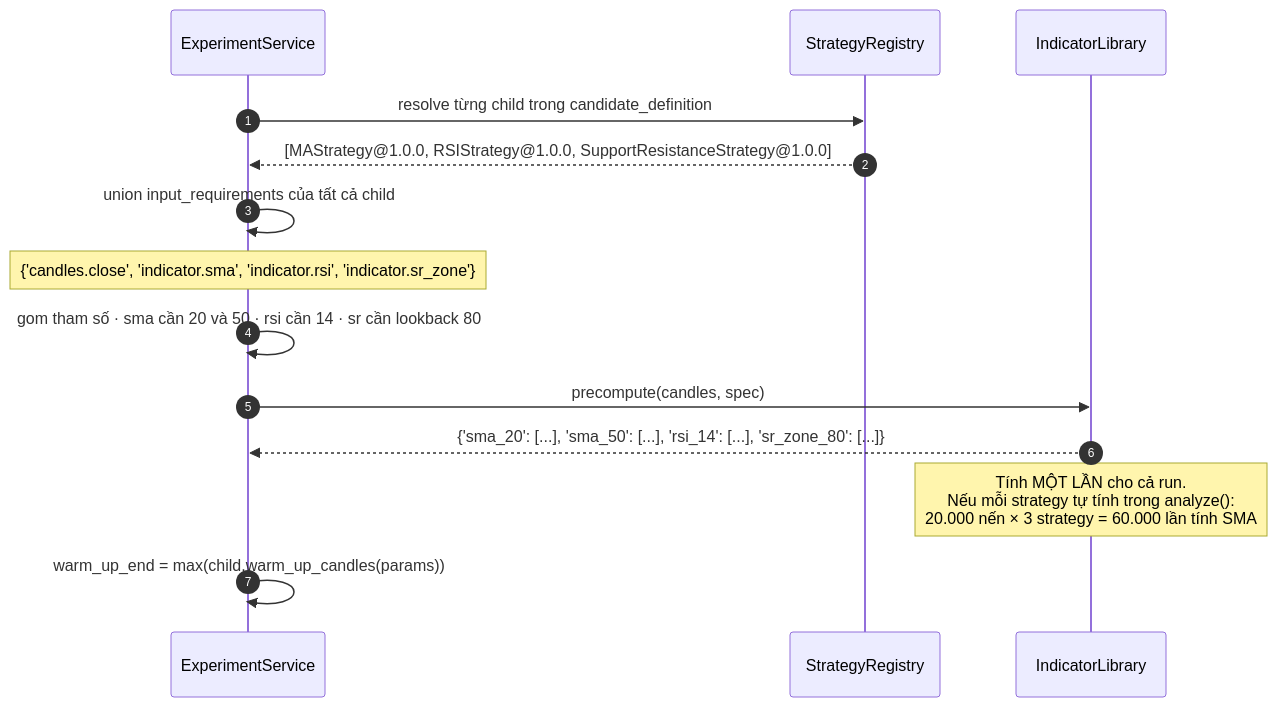
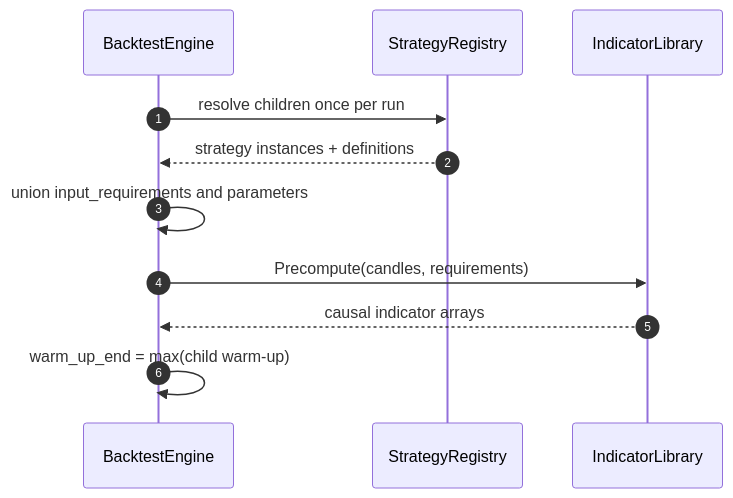
The second of 2 diagrams in blueprint/specs/strategy-registry.md (EnsoTech-Studio/CryptoBot), drawn with Mermaid before and after one commit. The commit also changed other lines of this file and 69 other files, not shown here.

First line of the commit message:
docs(blueprint): reconcile Go architecture

````diff
--- a/blueprint/specs/strategy-registry.md
+++ b/blueprint/specs/strategy-registry.md
@@ -162,17 +152,14 @@
 ```mermaid
 sequenceDiagram
     autonumber
-    participant EXS as ExperimentService
+    participant ENG as BacktestEngine
     participant REG as StrategyRegistry
     participant IND as IndicatorLibrary
 
-    EXS->>REG: resolve từng child trong candidate_definition
-    REG-->>EXS: [MAStrategy@1.0.0, RSIStrategy@1.0.0, SupportResistanceStrategy@1.0.0]
-    EXS->>EXS: union input_requirements của tất cả child
-    Note over EXS: {'candles.close', 'indicator.sma', 'indicator.rsi', 'indicator.sr_zone'}
-    EXS->>EXS: gom tham số · sma cần 20 và 50 · rsi cần 14 · sr cần lookback 80
-    EXS->>IND: precompute(candles, spec)
-    IND-->>EXS: {'sma_20': [...], 'sma_50': [...], 'rsi_14': [...], 'sr_zone_80': [...]}
-    Note over IND: Tính MỘT LẦN cho cả run.<br/>Nếu mỗi strategy tự tính trong analyze():<br/>20.000 nến × 3 strategy = 60.000 lần tính SMA
-    EXS->>EXS: warm_up_end = max(child.warm_up_candles(params))
+    ENG->>REG: resolve children once per run
+    REG-->>ENG: strategy instances + definitions
+    ENG->>ENG: union input_requirements and parameters
+    ENG->>IND: Precompute(candles, requirements)
+    IND-->>ENG: causal indicator arrays
+    ENG->>ENG: warm_up_end = max(child warm-up)
 ```
````
